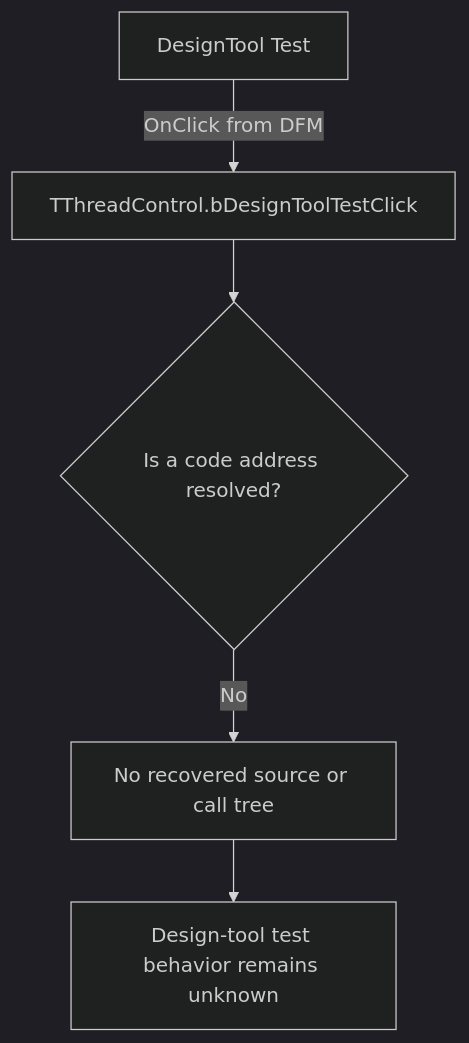
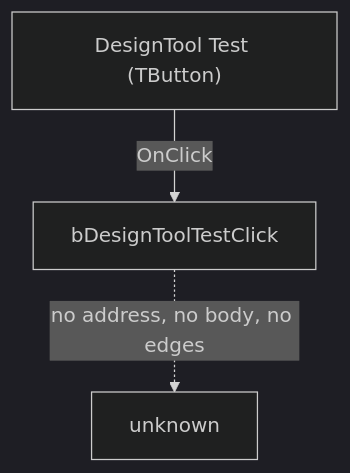
The diagram in docs/ui-controls/threadcontrol/bdesigntooltest-e34baf6e78.md (MovGP0/TIARA), drawn with Mermaid (dark theme) before and after one commit. The commit also changed other lines of this file and 106 other files, not shown here.

````diff
--- a/docs/ui-controls/threadcontrol/bdesigntooltest-e34baf6e78.md
+++ b/docs/ui-controls/threadcontrol/bdesigntooltest-e34baf6e78.md
@@ -29,7 +29,5 @@
 ```mermaid
 flowchart TD
-    control["DesignTool Test"] -->|OnClick from DFM| binding["TThreadControl.bDesignToolTestClick"]
-    binding --> address{"Is a code address resolved?"}
-    address -->|No| gap["No recovered source or call tree"]
-    gap --> unknown["Design-tool test behavior remains unknown"]
+    control["DesignTool Test (TButton)"] -->|"OnClick"| handler["bDesignToolTestClick"]
+    handler -.->|"no address, no body, no edges"| gone["unknown"]
 ```
````
